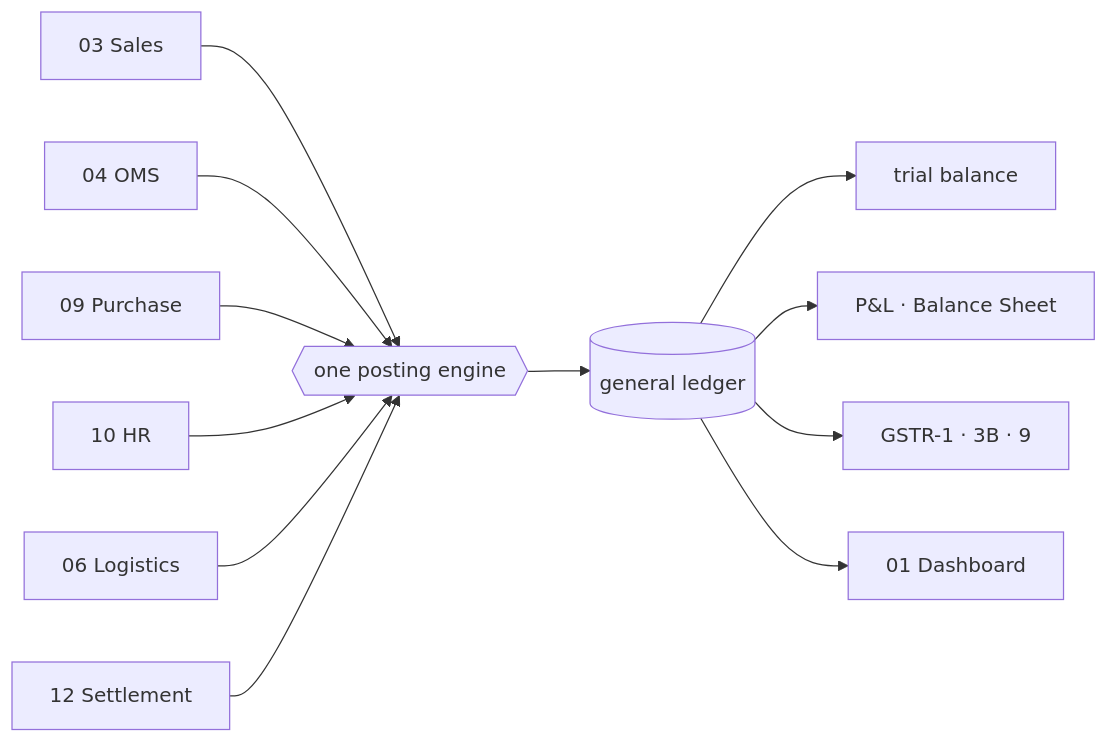
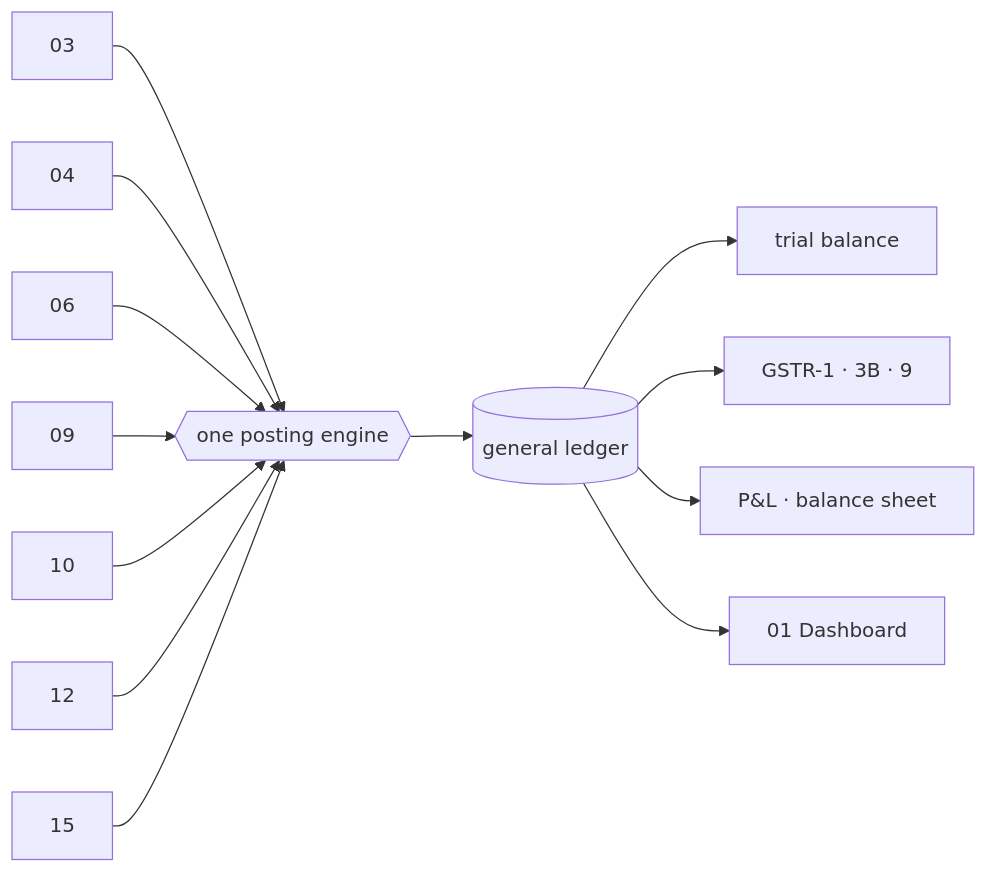
One commit to vastrangam/AI_Content_Engine changed diagram 12 of 17 in PLAN_OF_ACTION.md. Above: the diagram before and after it, drawn with Mermaid. The commit also changed other lines of this file and 1 other file, not shown here.

First line of the commit message:
Build order is 01 to 16, in sequence — stop reordering it

````diff
--- a/PLAN_OF_ACTION.md
+++ b/PLAN_OF_ACTION.md
@@ -345,14 +583,15 @@
 ```mermaid
 flowchart LR
-    S[03 Sales] --> PE{{one posting engine}}
-    O[04 OMS] --> PE
-    P[09 Purchase] --> PE
-    H[10 HR] --> PE
-    L[06 Logistics] --> PE
-    ST[12 Settlement] --> PE
-    PE --> GL[(general ledger)]
-    GL --> TB[trial balance]
-    GL --> PL[P&L · Balance Sheet]
-    GL --> GST[GSTR-1 · 3B · 9]
-    GL --> BI[01 Dashboard]
+  S[03] --> PE{{one posting engine}}
+  O[04] --> PE
+  L[06] --> PE
+  P[09] --> PE
+  H[10] --> PE
+  ST[12] --> PE
+  PR[15] --> PE
+  PE --> GL[(general ledger)]
+  GL --> TB[trial balance]
+  GL --> GST[GSTR-1 · 3B · 9]
+  GL --> FIN[P&L · balance sheet]
+  GL --> BI[01 Dashboard]
 ```
````
